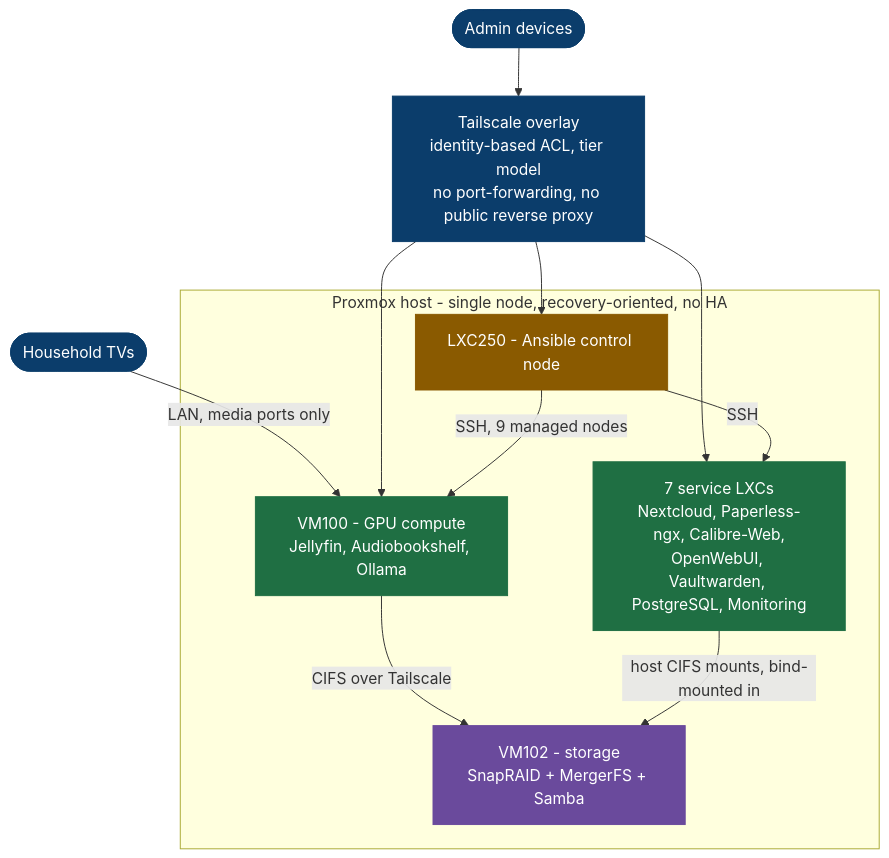
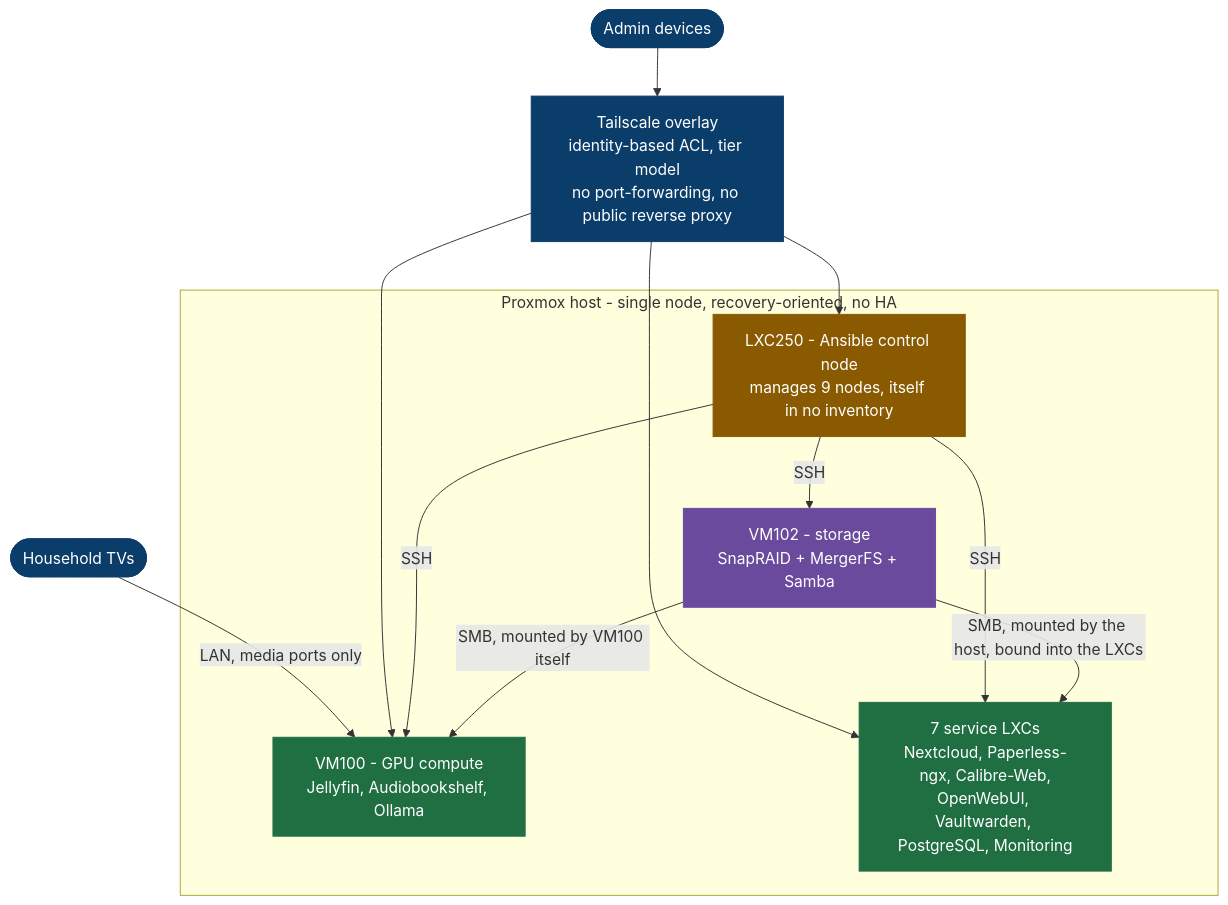
The diagram in README.md (sohanreddyk/homelab-server-architecture), drawn with Mermaid before and after one commit. The commit also changed other lines of this file and 2 other files, not shown here.

````diff
--- a/README.md
+++ b/README.md
@@ -19,33 +19,34 @@
 ```mermaid
 flowchart TB
   Admin(["Admin devices"])
   TVs(["Household TVs"])
 
   TS["Tailscale overlay<br/>identity-based ACL, tier model<br/>no port-forwarding, no public reverse proxy"]
 
   subgraph host["Proxmox host - single node, recovery-oriented, no HA"]
     VM100["VM100 - GPU compute<br/>Jellyfin, Audiobookshelf, Ollama"]
     LXC["7 service LXCs<br/>Nextcloud, Paperless-ngx, Calibre-Web,<br/>OpenWebUI, Vaultwarden, PostgreSQL, Monitoring"]
-    CTRL["LXC250 - Ansible control node"]
+    CTRL["LXC250 - Ansible control node<br/>manages 9 nodes, itself in no inventory"]
     VM102["VM102 - storage<br/>SnapRAID + MergerFS + Samba"]
   end
 
   Admin --> TS
   TVs -->|LAN, media ports only| VM100
   TS --> VM100
   TS --> LXC
   TS --> CTRL
-  CTRL -->|SSH, 9 managed nodes| VM100
+  CTRL -->|SSH| VM100
   CTRL -->|SSH| LXC
-  VM100 -->|CIFS over Tailscale| VM102
-  LXC -->|host CIFS mounts, bind-mounted in| VM102
+  CTRL -->|SSH| VM102
+  VM102 -->|SMB, mounted by VM100 itself| VM100
+  VM102 -->|SMB, mounted by the host, bound into the LXCs| LXC
 
   classDef access fill:#0b3d6b,stroke:#0b3d6b,color:#ffffff
   classDef compute fill:#1f6f43,stroke:#1f6f43,color:#ffffff
   classDef storage fill:#6a4a9c,stroke:#6a4a9c,color:#ffffff
   classDef control fill:#8a5a00,stroke:#8a5a00,color:#ffffff
   class TS,Admin,TVs access
   class VM100,LXC compute
   class VM102 storage
   class CTRL control
 ```
````
